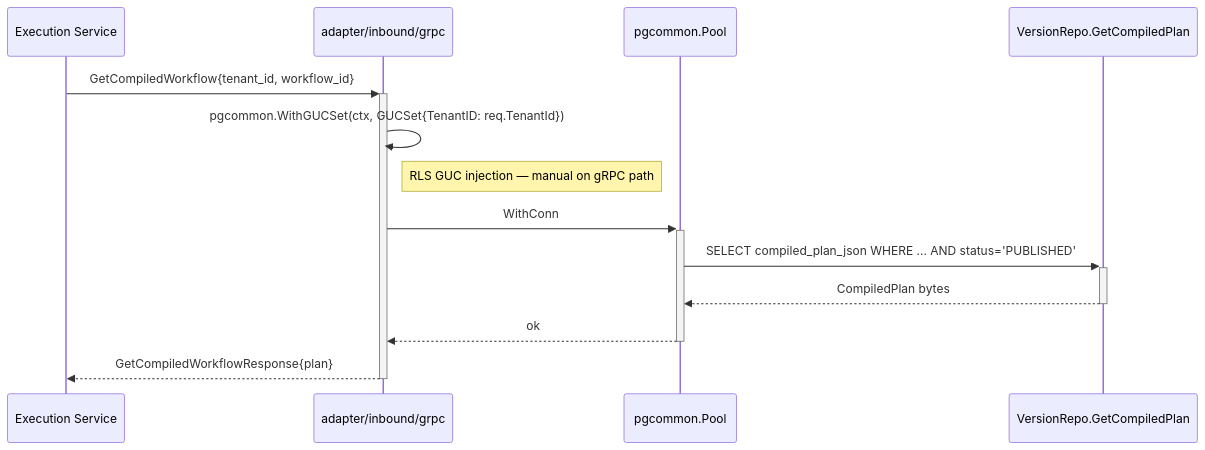
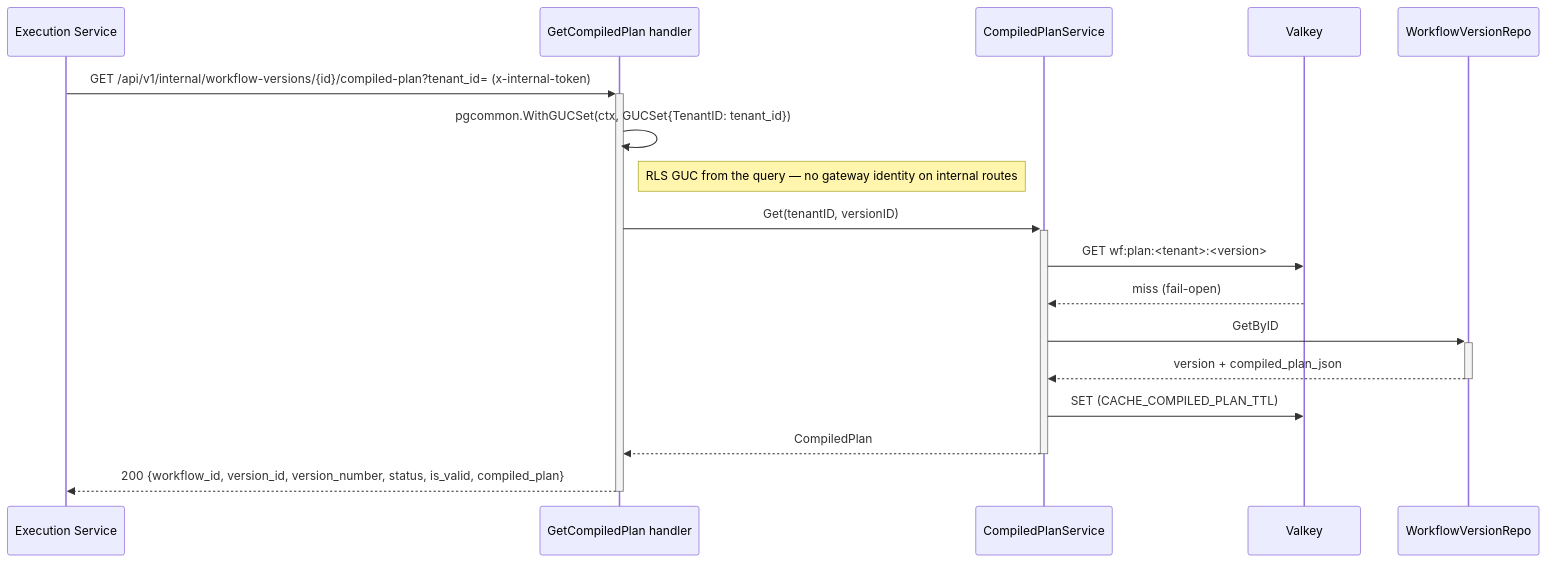
Before and after one commit to BCBP-SOLUTIONS-FZC-LLC/workflow-definition-service: the seventh of 13 diagrams in ARCHITECTURE.md, drawn with Mermaid. The commit also changed other lines of this file and 17 other files, not shown here.

First line of the commit message:
wip: D-2 phase 6 — definition's docs describe the internal HTTP API

````diff
--- a/ARCHITECTURE.md
+++ b/ARCHITECTURE.md
@@ -374,16 +353,20 @@
 ```mermaid
 sequenceDiagram
     participant ExecSvc as Execution Service
-    participant GRPCSrv as adapter/inbound/grpc
-    participant Pool as pgcommon.Pool
-    participant Repo as VersionRepo.GetCompiledPlan
+    participant H as GetCompiledPlan handler
+    participant Svc as CompiledPlanService
+    participant Cache as Valkey
+    participant Repo as WorkflowVersionRepo
 
-    ExecSvc ->>+ GRPCSrv: GetCompiledWorkflow{tenant_id, workflow_id}
-    GRPCSrv ->> GRPCSrv: pgcommon.WithGUCSet(ctx, GUCSet{TenantID: req.TenantId})
-    Note right of GRPCSrv: RLS GUC injection — manual on gRPC path
-    GRPCSrv ->>+ Pool: WithConn
-    Pool ->>+ Repo: SELECT compiled_plan_json WHERE ... AND status='PUBLISHED'
-    Repo -->>- Pool: CompiledPlan bytes
-    Pool -->>- GRPCSrv: ok
-    GRPCSrv -->>- ExecSvc: GetCompiledWorkflowResponse{plan}
+    ExecSvc ->>+ H: GET /api/v1/internal/workflow-versions/{id}/compiled-plan?tenant_id= (x-internal-token)
+    H ->> H: pgcommon.WithGUCSet(ctx, GUCSet{TenantID: tenant_id})
+    Note right of H: RLS GUC from the query — no gateway identity on internal routes
+    H ->>+ Svc: Get(tenantID, versionID)
+    Svc ->> Cache: GET wf:plan:<tenant>:<version>
+    Cache -->> Svc: miss (fail-open)
+    Svc ->>+ Repo: GetByID
+    Repo -->>- Svc: version + compiled_plan_json
+    Svc ->> Cache: SET (CACHE_COMPILED_PLAN_TTL)
+    Svc -->>- H: CompiledPlan
+    H -->>- ExecSvc: 200 {workflow_id, version_id, version_number, status, is_valid, compiled_plan}
 ```
````
